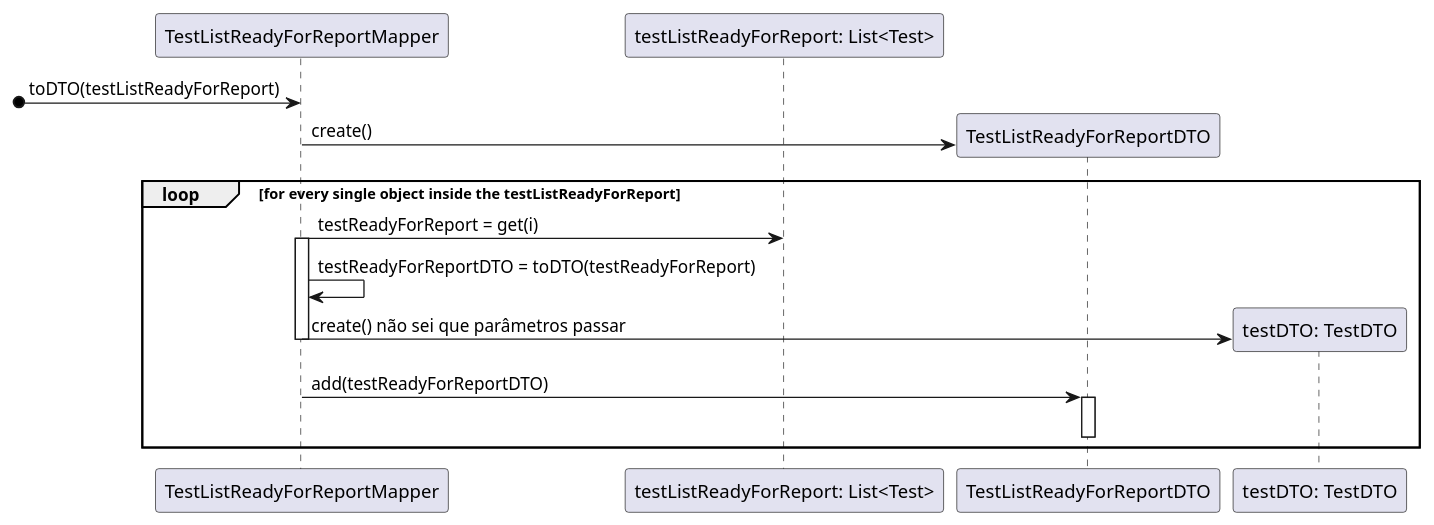
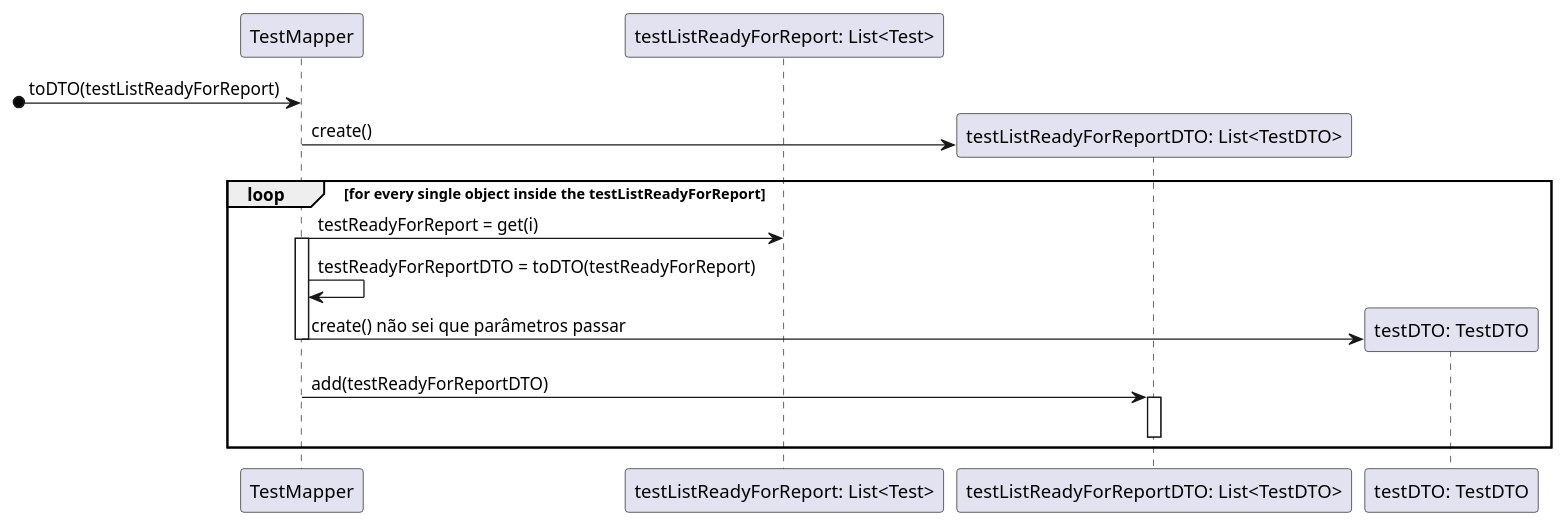
Before and after one commit to MadDinosaur/ISEP-LAPR2: the diagram in docs/SprintC/US14/SD_TestListReadyForReportToDTO.puml, drawn with PlantUML. The commit also changed 4 other files, not shown here.

```diff
--- a/docs/SprintC/US14/SD_TestListReadyForReportToDTO.puml
+++ b/docs/SprintC/US14/SD_TestListReadyForReportToDTO.puml
@@ -1,24 +1,24 @@
 @startuml
 
-participant TestListReadyForReportMapper as tlrm
+participant TestMapper as tm
 participant "testListReadyForReport: List<Test>" as tlrfr
-participant TestListReadyForReportDTO as tlrdto
+participant "testListReadyForReportDTO: List<TestDTO>" as tlrdto
 participant "testDTO: TestDTO" as tdto
 
 
 
-[o-> tlrm: toDTO(testListReadyForReport)
+[o-> tm: toDTO(testListReadyForReport)
 create tlrdto
-tlrm -> tlrdto: create()
+tm -> tlrdto: create()
 loop for every single object inside the testListReadyForReport
-tlrm -> tlrfr: testReadyForReport = get(i)
-activate tlrm
-tlrm -> tlrm: testReadyForReportDTO = toDTO(testReadyForReport)
+tm -> tlrfr: testReadyForReport = get(i)
+activate tm
+tm -> tm: testReadyForReportDTO = toDTO(testReadyForReport)
 create tdto
-tlrm -> tdto: create() não sei que parâmetros passar
-deactivate tlrm
-tlrm -> tlrdto: add(testReadyForReportDTO)
+tm -> tdto: create() não sei que parâmetros passar
+deactivate tm
+tm -> tlrdto: add(testReadyForReportDTO)
 activate tlrdto
 deactivate tlrdto
 end loop
 @enduml
```
